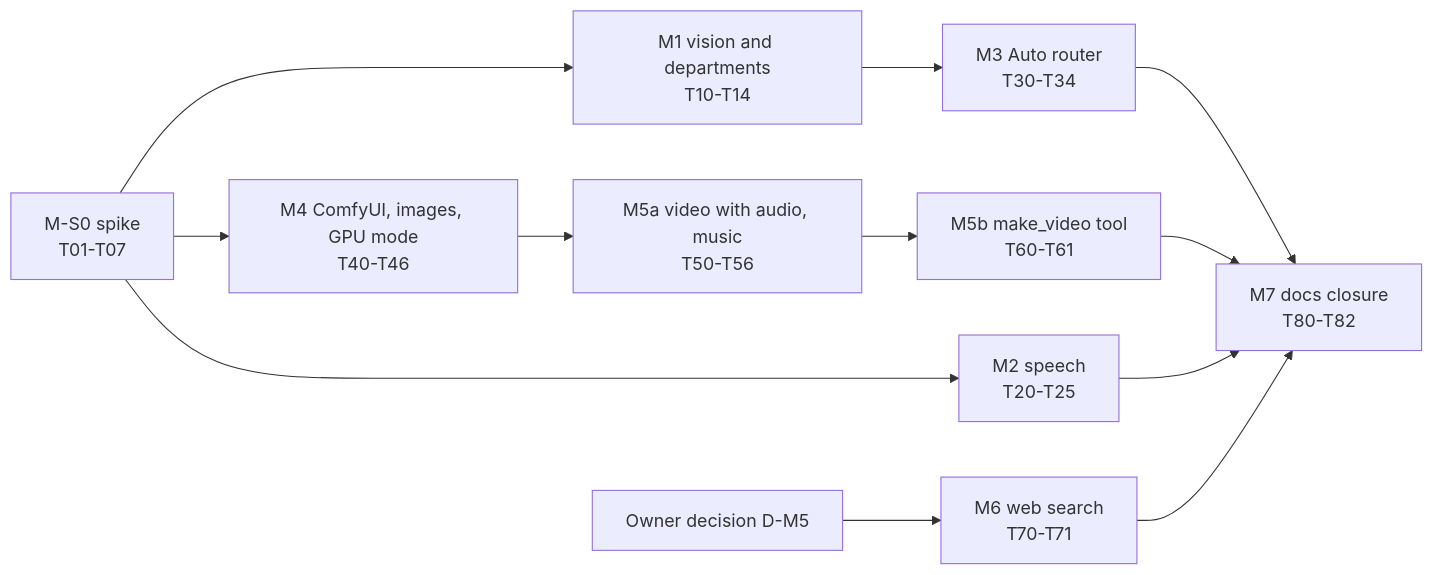
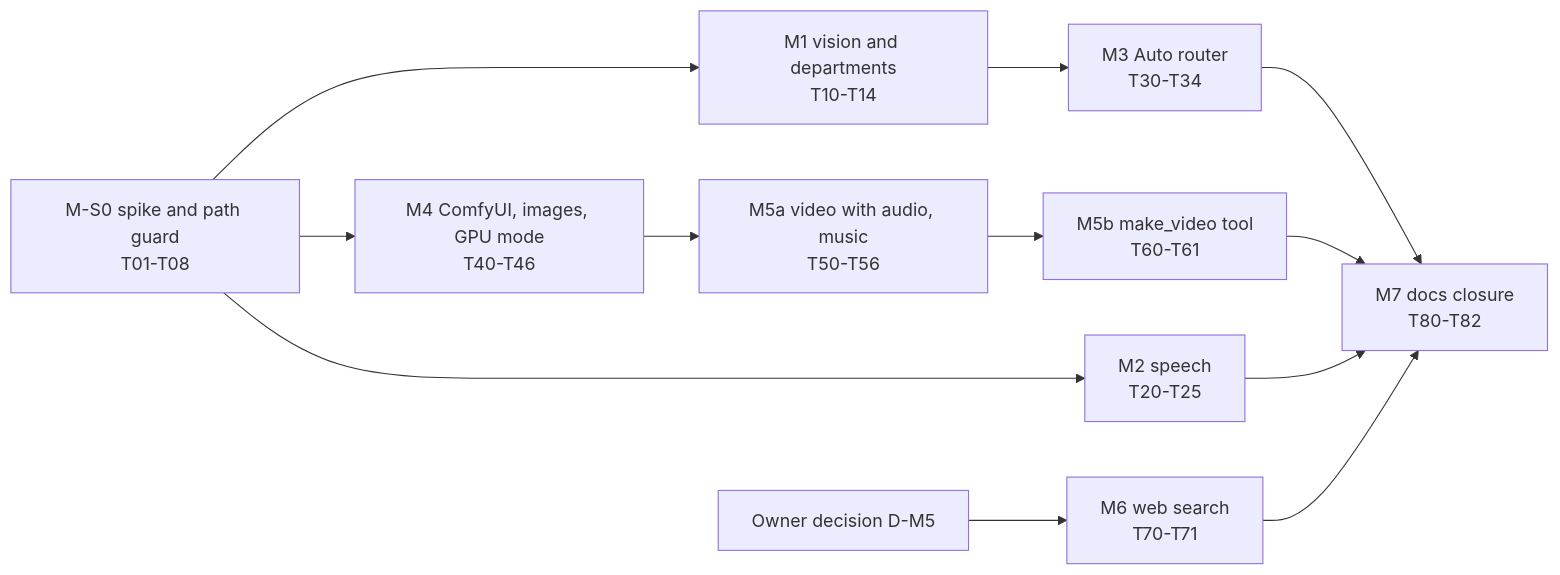
Before and after one commit to techtana/personal-agent-stack: the diagram in docs/design/plans/2026-11-01-multimodal-stack.md, drawn with Mermaid. The commit also changed other lines of this file and 3 other files, not shown here.

````diff
--- a/docs/design/plans/2026-11-01-multimodal-stack.md
+++ b/docs/design/plans/2026-11-01-multimodal-stack.md
@@ -342,14 +343,14 @@
 ```mermaid
 flowchart LR
-  S0["M-S0 spike<br/>T01-T07"] --> M1["M1 vision and departments<br/>T10-T14"]
+  S0["M-S0 spike and path guard<br/>T01-T08"] --> M1["M1 vision and departments<br/>T10-T14"]
   S0 --> M2["M2 speech<br/>T20-T25"]
   M1 --> M3["M3 Auto router<br/>T30-T34"]
   S0 --> M4["M4 ComfyUI, images, GPU mode<br/>T40-T46"]
   M4 --> M5a["M5a video with audio, music<br/>T50-T56"]
   M5a --> M5b["M5b make_video tool<br/>T60-T61"]
   D5["Owner decision D-M5"] --> M6["M6 web search<br/>T70-T71"]
   M3 --> M7["M7 docs closure<br/>T80-T82"]
   M5b --> M7
   M2 --> M7
   M6 --> M7
 ```
````
